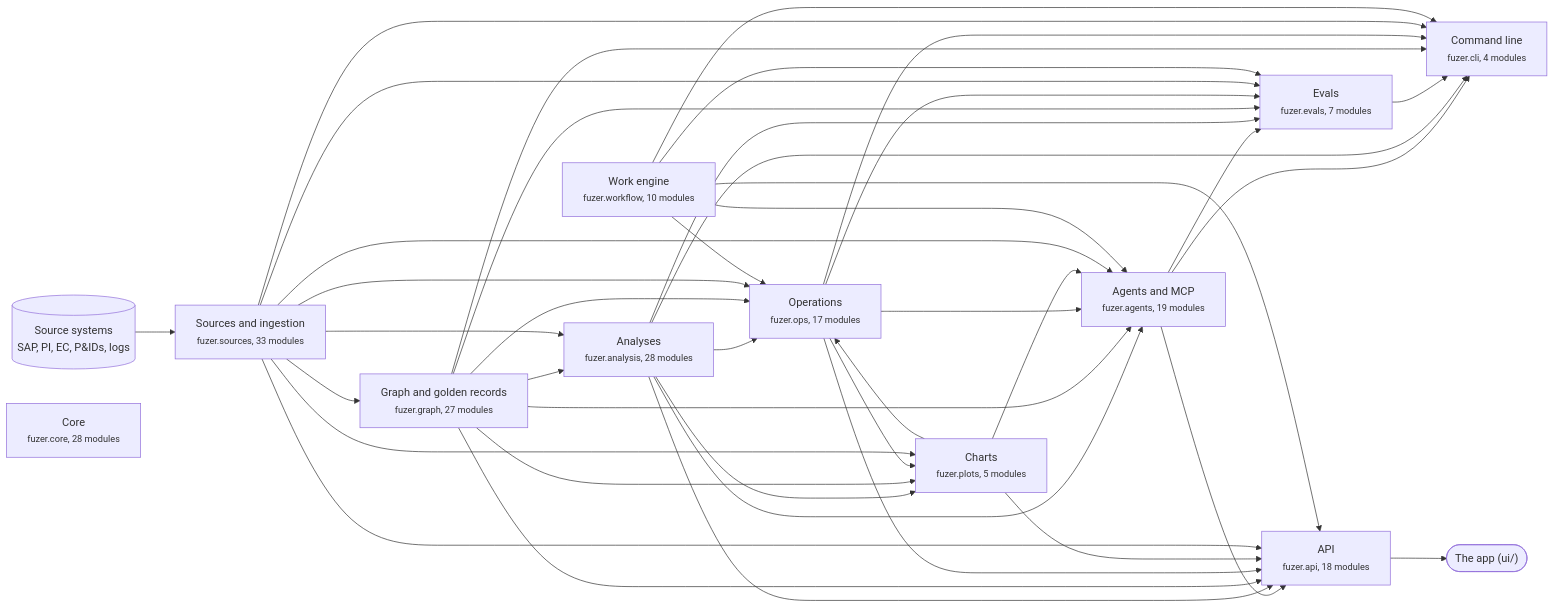
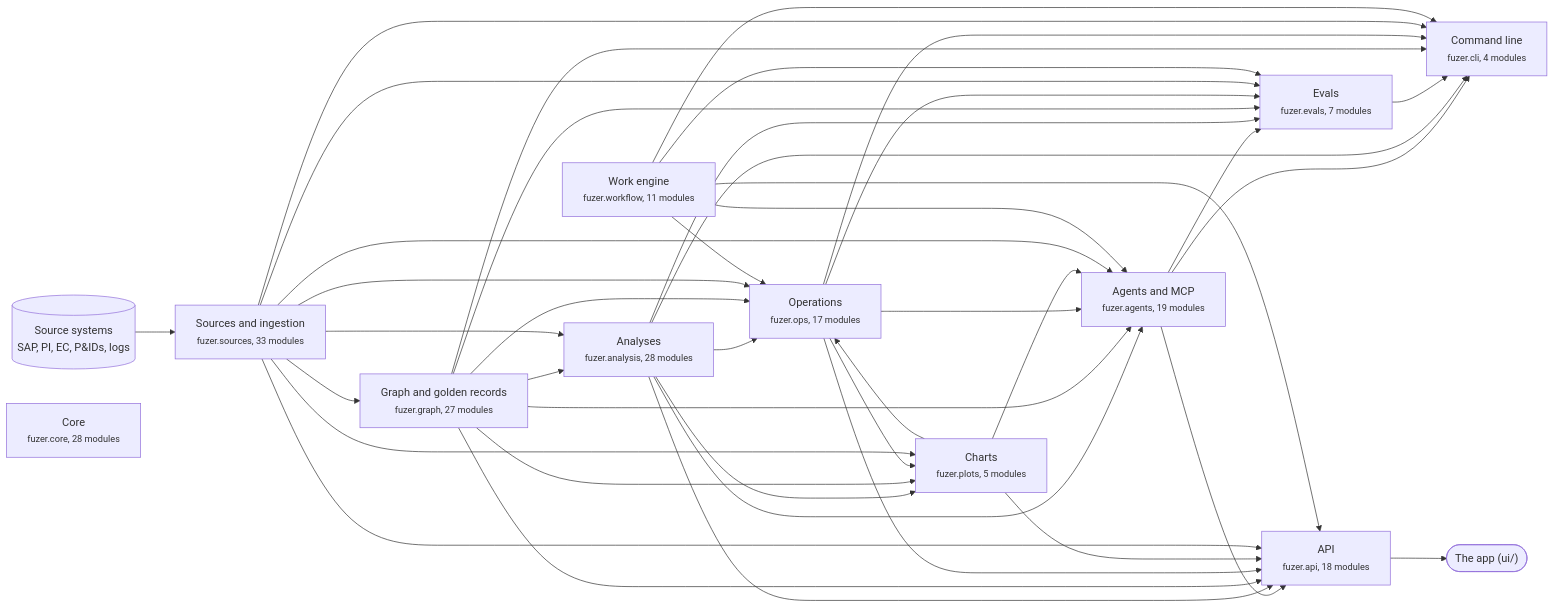
Before and after one commit to areed145/fuzer: the first of 3 diagrams in docs/architecture.md, drawn with Mermaid. The commit also changed other lines of this file and 11 other files, not shown here.

````diff
--- a/docs/architecture.md
+++ b/docs/architecture.md
@@ -8,66 +8,66 @@
 ```mermaid
 flowchart LR
   systems[("Source systems<br>SAP, PI, EC, P&IDs, logs")] --> c_sources
   app(["The app (ui/)"])
   c_api --> app
   c_sources["Sources and ingestion<br><small>fuzer.sources, 33 modules</small>"]
   c_graph["Graph and golden records<br><small>fuzer.graph, 27 modules</small>"]
   c_analysis["Analyses<br><small>fuzer.analysis, 28 modules</small>"]
   c_ops["Operations<br><small>fuzer.ops, 17 modules</small>"]
   c_plots["Charts<br><small>fuzer.plots, 5 modules</small>"]
-  c_workflow["Work engine<br><small>fuzer.workflow, 10 modules</small>"]
+  c_workflow["Work engine<br><small>fuzer.workflow, 11 modules</small>"]
   c_agents["Agents and MCP<br><small>fuzer.agents, 19 modules</small>"]
   c_evals["Evals<br><small>fuzer.evals, 7 modules</small>"]
   c_api["API<br><small>fuzer.api, 18 modules</small>"]
   c_cli["Command line<br><small>fuzer.cli, 4 modules</small>"]
   c_core["Core<br><small>fuzer.core, 28 modules</small>"]
   c_sources --> c_graph
   c_graph --> c_analysis
   c_sources --> c_analysis
   c_analysis --> c_ops
   c_graph --> c_ops
   c_plots --> c_ops
   c_sources --> c_ops
   c_workflow --> c_ops
   c_analysis --> c_plots
   c_graph --> c_plots
   c_ops --> c_plots
   c_sources --> c_plots
   c_analysis --> c_agents
   c_graph --> c_agents
   c_ops --> c_agents
   c_plots --> c_agents
   c_sources --> c_agents
   c_workflow --> c_agents
   c_agents --> c_evals
   c_analysis --> c_evals
   c_graph --> c_evals
   c_ops --> c_evals
   c_sources --> c_evals
   c_workflow --> c_evals
   c_agents --> c_api
   c_analysis --> c_api
   c_graph --> c_api
   c_ops --> c_api
   c_plots --> c_api
   c_sources --> c_api
   c_workflow --> c_api
   c_agents --> c_cli
   c_analysis --> c_cli
   c_evals --> c_cli
   c_graph --> c_cli
   c_ops --> c_cli
   c_sources --> c_cli
   c_workflow --> c_cli
   click c_sources "https://github.com/areed145/fuzer/tree/main/src/fuzer/sources"
   click c_graph "https://github.com/areed145/fuzer/tree/main/src/fuzer/graph"
   click c_analysis "https://github.com/areed145/fuzer/tree/main/src/fuzer/analysis"
   click c_ops "https://github.com/areed145/fuzer/tree/main/src/fuzer/ops"
   click c_plots "https://github.com/areed145/fuzer/tree/main/src/fuzer/plots"
   click c_workflow "https://github.com/areed145/fuzer/tree/main/src/fuzer/workflow"
   click c_agents "https://github.com/areed145/fuzer/tree/main/src/fuzer/agents"
   click c_evals "https://github.com/areed145/fuzer/tree/main/src/fuzer/evals"
   click c_api "https://github.com/areed145/fuzer/tree/main/src/fuzer/api"
   click c_cli "https://github.com/areed145/fuzer/tree/main/src/fuzer/cli"
   click c_core "https://github.com/areed145/fuzer/tree/main/src/fuzer/core"
 ```
````
